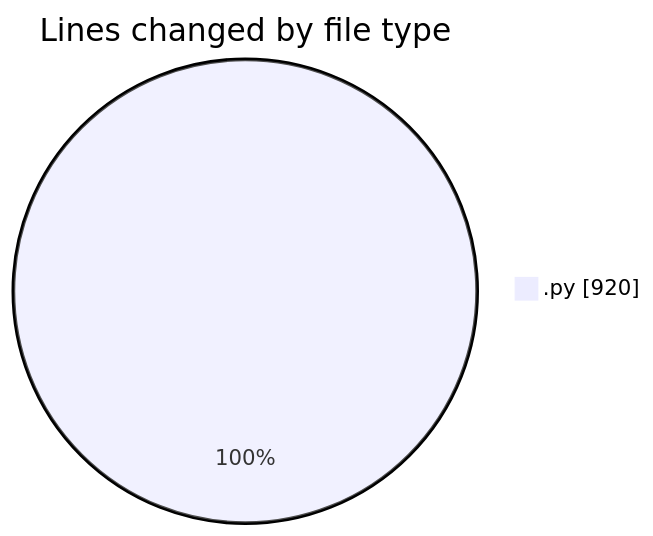
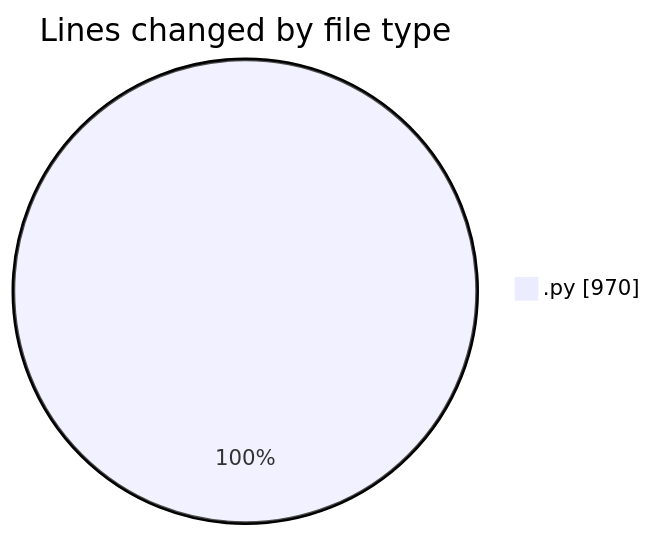
The first of 2 diagrams in 2025-03-18/myws__workspace_/README.md (MatusMokan/code-tracking), drawn with Mermaid before and after one commit. The commit also changed other lines of this file and 1 other file, not shown here.

````diff
--- a/2025-03-18/myws__workspace_/README.md
+++ b/2025-03-18/myws__workspace_/README.md
@@ -22,5 +22,5 @@
 ```mermaid
 pie showData
 title Lines changed by file type
-".py" : 920
+".py" : 970
 ```
````
